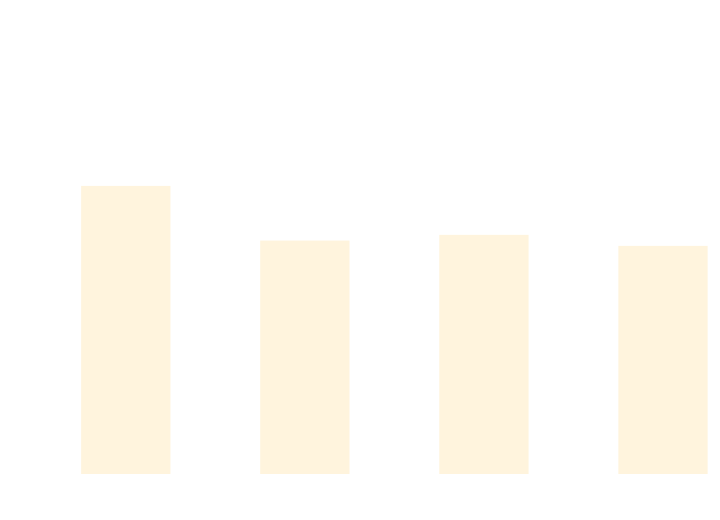
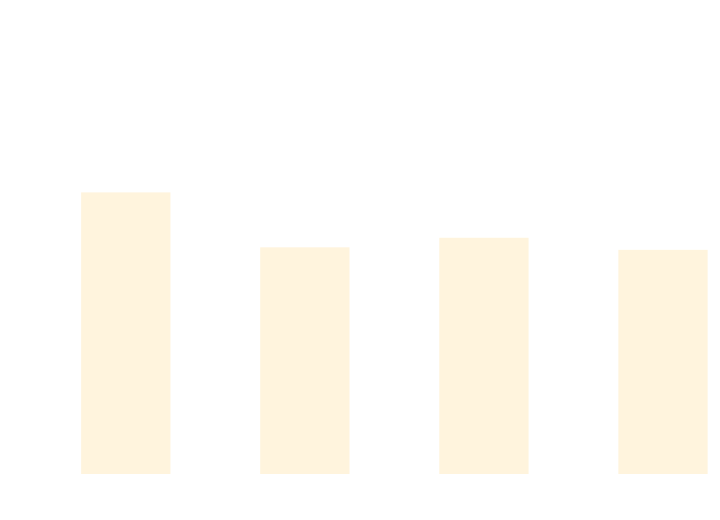
Before and after one commit to thomhurst/TUnit: the diagram in docs/docs/benchmarks/BuildTime.md, drawn with Mermaid. The commit also changed other lines of this file and 17 other files, not shown here.

````diff
--- a/docs/docs/benchmarks/BuildTime.md
+++ b/docs/docs/benchmarks/BuildTime.md
@@ -28,37 +28,37 @@
 ```mermaid
 %%{init: {
   'theme':'base',
   'themeVariables': {
     'primaryColor': '#2563eb',
     'primaryTextColor': '#ffffff',
     'primaryBorderColor': '#1e40af',
     'lineColor': '#6b7280',
     'secondaryColor': '#7c3aed',
     'tertiaryColor': '#dc2626',
     'background': '#ffffff',
     'mainBkg': '#2563eb',
     'secondBkg': '#7c3aed',
     'tertiaryBkg': '#dc2626',
     'clusterBkg': '#f3f4f6',
     'edgeLabelBackground': '#ffffff',
     'tertiaryTextColor': '#1f2937',
     'pie1': '#2563eb',
     'pie2': '#7c3aed',
     'pie3': '#dc2626',
     'pie4': '#f59e0b',
     'pie5': '#10b981',
     'pie6': '#06b6d4',
     'pie7': '#ec4899',
     'pie8': '#6366f1',
     'pie9': '#84cc16',
     'pie10': '#f97316',
     'pie11': '#14b8a6',
     'pie12': '#a855f7'
   }
 }}%%
 xychart-beta
   title "Build Time Comparison"
   x-axis ["Build_TUnit", "Build_NUnit", "Build_MSTest", "Build_xUnit3"]
   y-axis "Time (s)" 0 --> 3
-  bar [2.1, 1.688, 1.731, 1.648]
+  bar [2.051, 1.637, 1.709, 1.618]
 ```
````
